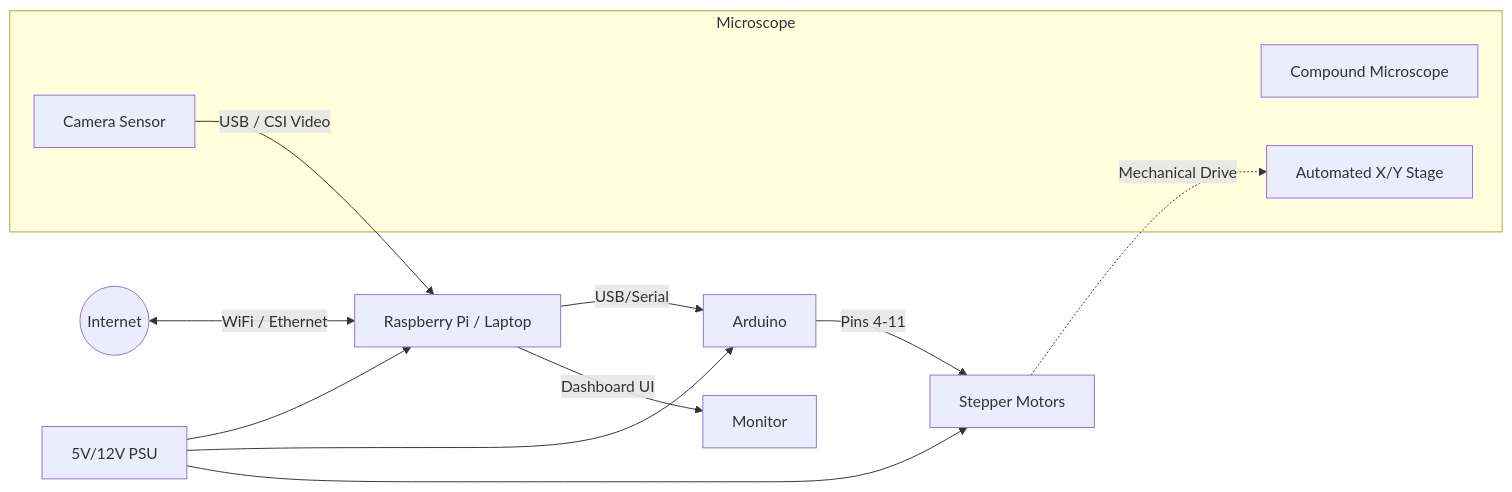
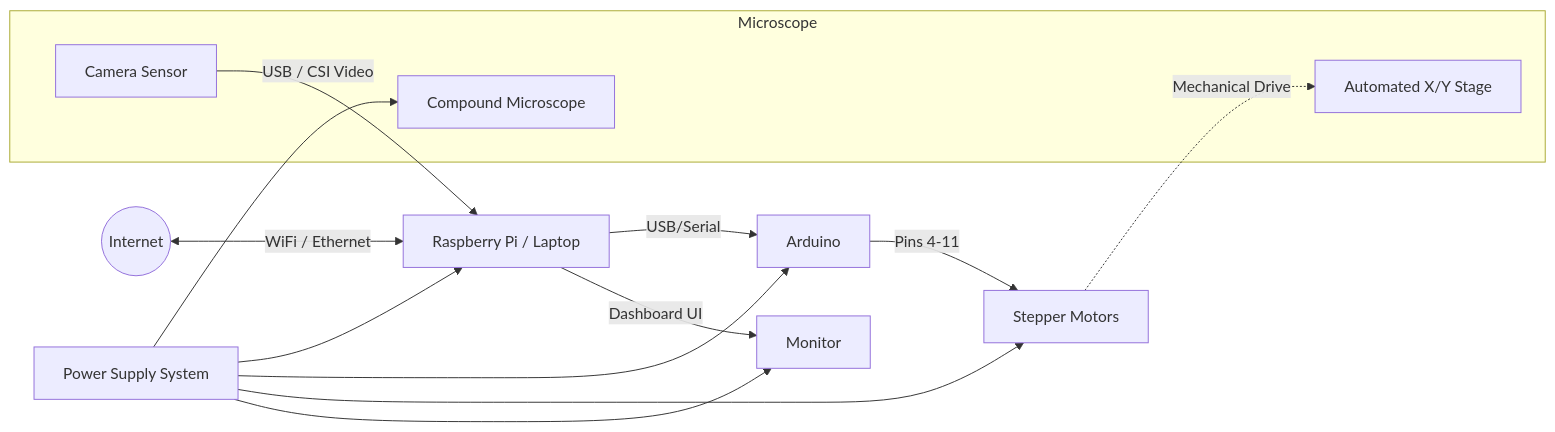
Before and after one commit to mcggEz/microview-ai: the second of 4 diagrams in README.md, drawn with Mermaid.

Commit message:
docs: finalize Hardware Setup Overview with full Power Supply mapping (Monitor, Scope, etc.)

````diff
--- a/README.md
+++ b/README.md
@@ -66,21 +66,25 @@
 ```mermaid
 flowchart LR
   subgraph Microscope
     SCOPE[Compound Microscope]
     STAGE[Automated X/Y Stage]
     SENSOR[Camera Sensor]
   end
 
   INET((Internet)) <-->|WiFi / Ethernet| RPI[Raspberry Pi / Laptop]
-  PSU[5V/12V PSU] --> RPI
+  
+  PSU[Power Supply System]
+  PSU --> RPI
   PSU --> ARD[Arduino]
   PSU --> STEP[Stepper Motors]
+  PSU --> MON[Monitor]
+  PSU --> SCOPE
 
   SENSOR -->|USB / CSI Video| RPI
 
   RPI -->|USB/Serial| ARD
   ARD -->|Pins 4-11| STEP
   STEP -.->|Mechanical Drive| STAGE
 
-  RPI -->|Dashboard UI| MON[Monitor]
+  RPI -->|Dashboard UI| MON
 ```
````
